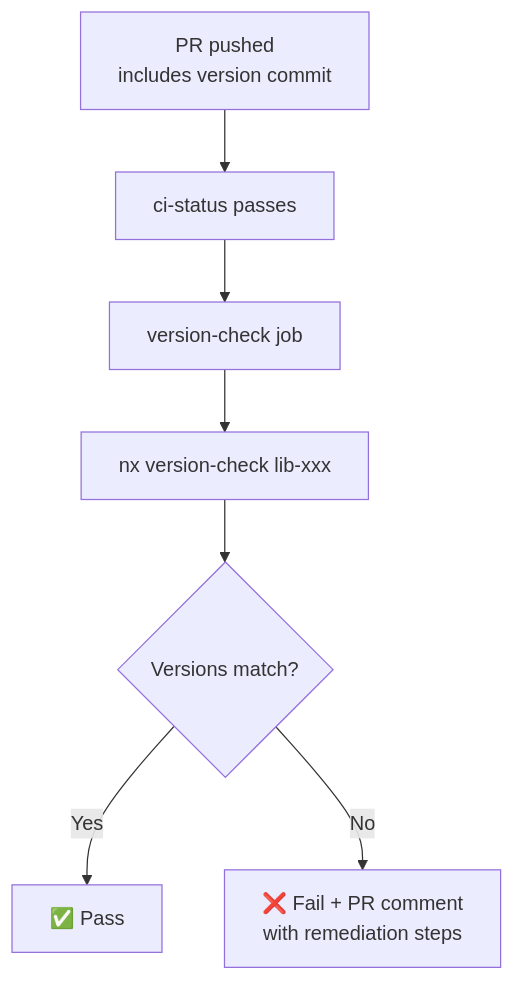
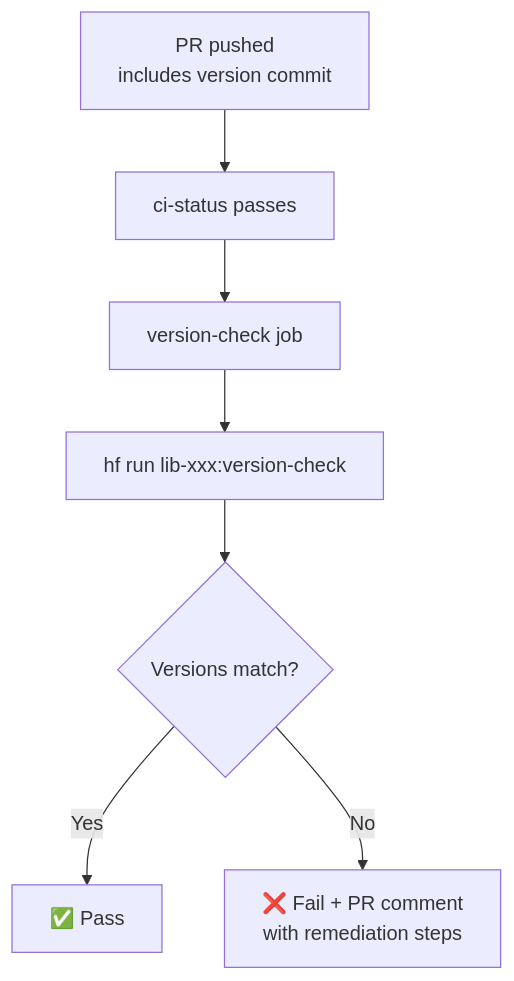
Before and after one commit to AndrewRedican/hyperfrontend: the third of 4 diagrams in tools/package/src/executors/version/ARCHITECTURE.md, drawn with Mermaid. The commit also changed other lines of this file and 14 other files, not shown here.

````diff
--- a/tools/package/src/executors/version/ARCHITECTURE.md
+++ b/tools/package/src/executors/version/ARCHITECTURE.md
@@ -145,9 +145,9 @@
 ```mermaid
 flowchart TD
     A[PR pushed<br/>includes version commit] --> B[ci-status passes]
     B --> C[version-check job]
-    C --> D[nx version-check lib-xxx]
+    C --> D[hf run lib-xxx:version-check]
     D --> E{Versions match?}
     E -->|Yes| F[✅ Pass]
     E -->|No| G[❌ Fail + PR comment<br/>with remediation steps]
 ```
````
